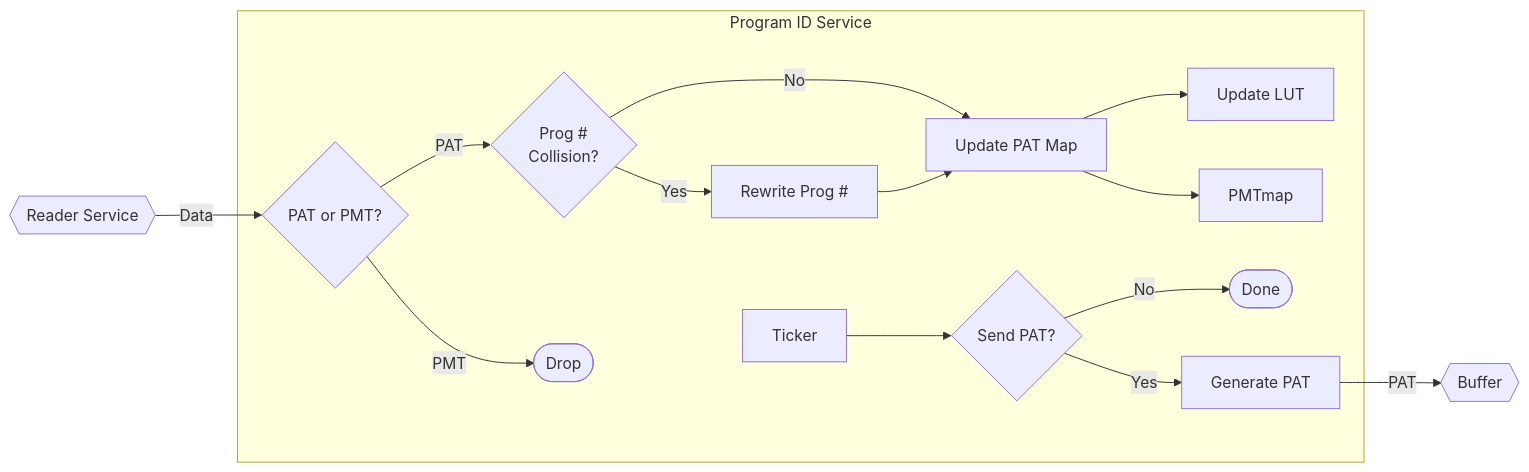
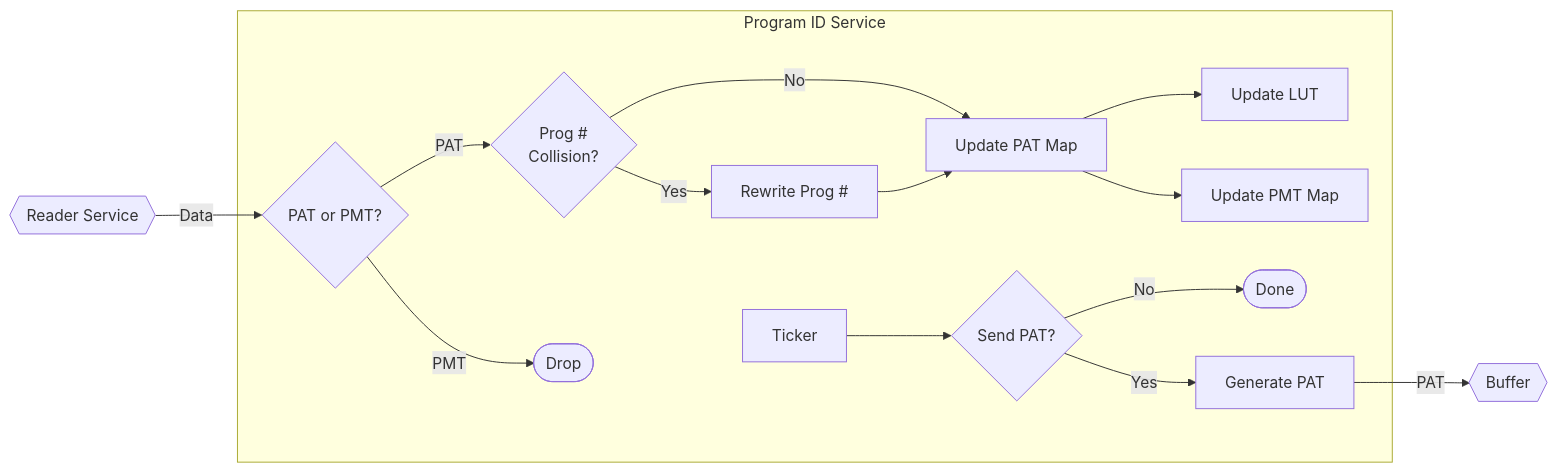
One commit to Channel-3-Eugene/tribd changed the third of 6 diagrams in README.md. Above: the diagram before and after it, drawn with Mermaid.

Commit message:
yet another minor fix

````diff
--- a/README.md
+++ b/README.md
@@ -44,21 +44,21 @@
 ```mermaid
 graph LR
     ReaderService{{Reader Service}} --> |Data| PAT_PMT
 
     subgraph Program ID Service
         PAT_PMT{PAT or PMT?} --> |PAT| Collision
         Collision{Prog #\nCollision?} --> |No| UpdatePAT[Update PAT Map]
         Collision --> |Yes| Collided
         Collided[Rewrite Prog #] --> UpdatePAT
         UpdatePAT --> LUT[Update LUT]
-        UpdatePAT --> PMTmap
+        UpdatePAT --> PMTmap[Update PMT Map]
         
         PAT_PMT --> |PMT| Drop([Drop])
 
         Clock[Ticker] --> Send?{Send PAT?}
         Send? --> |No| End([Done])
         Send? --> |Yes| Generate[Generate PAT]
     end
 
     Generate --> |PAT| Buffer{{Buffer}}
 ```
````
